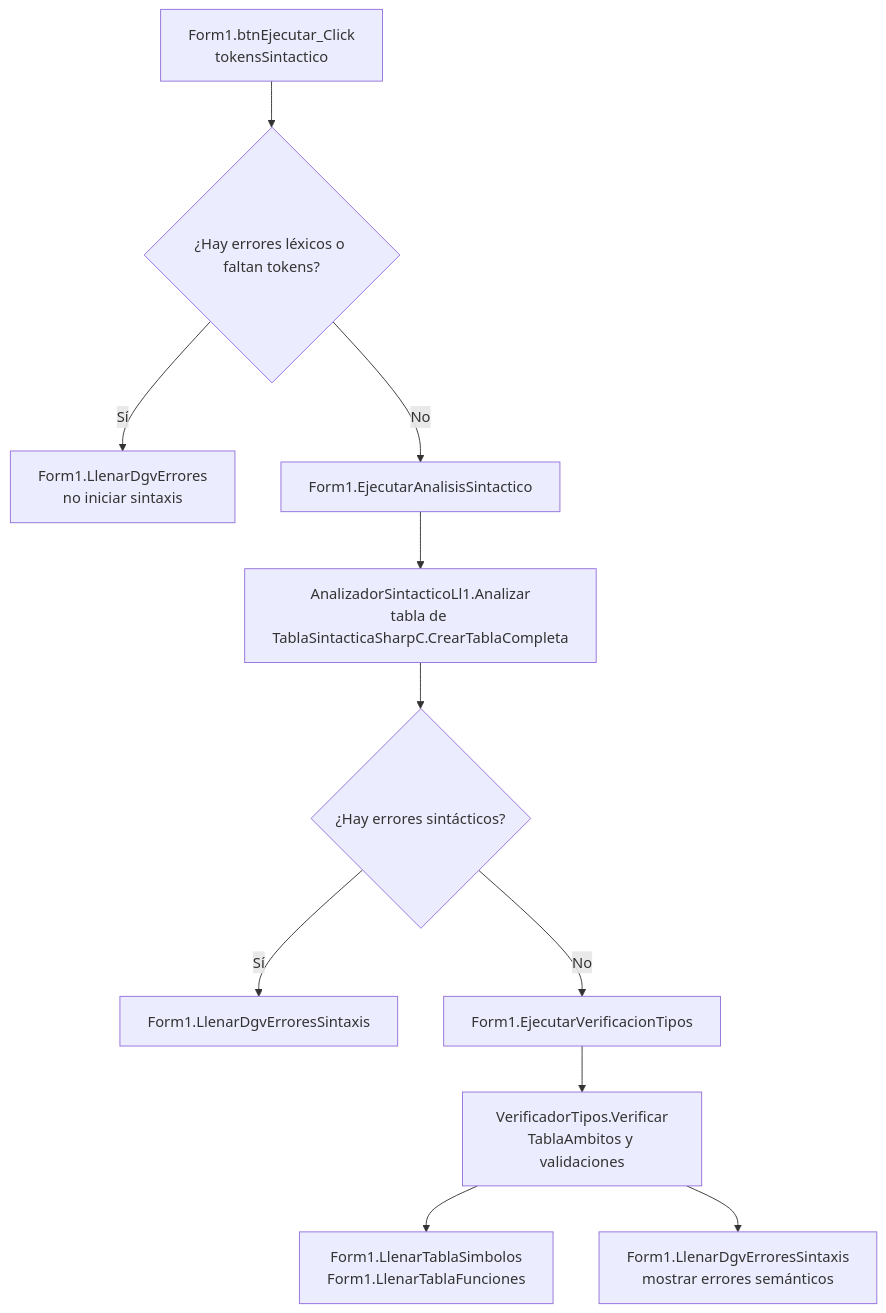
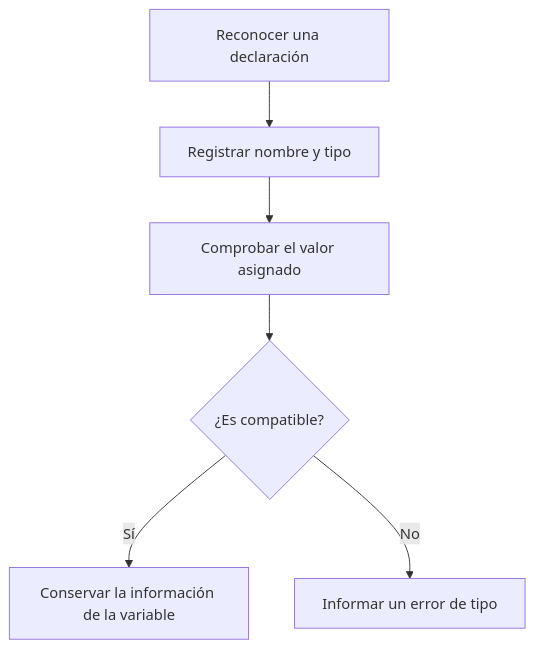
The third of 3 diagrams in docs/presentacion-analizador-sharpc.md (Zavala-Raul/SharpC-lya2), drawn with Mermaid before and after one commit. The commit also changed other lines of this file and 49 other files, not shown here.

````diff
--- a/docs/presentacion-analizador-sharpc.md
+++ b/docs/presentacion-analizador-sharpc.md
@@ -86,13 +165,8 @@
 ```mermaid
 flowchart TD
-    A["Form1.btnEjecutar_Click<br/>tokensSintactico"] --> B{"¿Hay errores léxicos o faltan tokens?"}
-    B -->|Sí| L["Form1.LlenarDgvErrores<br/>no iniciar sintaxis"]
-    B -->|No| C["Form1.EjecutarAnalisisSintactico"]
-    C --> D["AnalizadorSintacticoLl1.Analizar<br/>tabla de TablaSintacticaSharpC.CrearTablaCompleta"]
-    D --> E{"¿Hay errores sintácticos?"}
-    E -->|Sí| F["Form1.LlenarDgvErroresSintaxis"]
-    E -->|No| G["Form1.EjecutarVerificacionTipos"]
-    G --> H["VerificadorTipos.Verificar<br/>TablaAmbitos y validaciones"]
-    H --> I["Form1.LlenarTablaSimbolos<br/>Form1.LlenarTablaFunciones"]
-    H --> J["Form1.LlenarDgvErroresSintaxis<br/>mostrar errores semánticos"]
+    A["Reconocer una declaración"] --> B["Registrar nombre y tipo"]
+    B --> C["Comprobar el valor asignado"]
+    C --> D{"¿Es compatible?"}
+    D -->|Sí| E["Conservar la información de la variable"]
+    D -->|No| F["Informar un error de tipo"]
 ```
````
